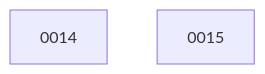
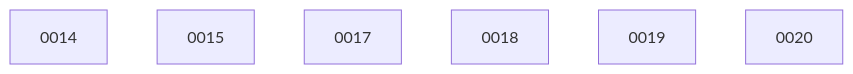
Before and after one commit to ethanhinson/llm-research-agent: the diagram in docs/changes/BOARD.md, drawn with Mermaid. The commit also changed other lines of this file and 4 other files, not shown here.

````diff
--- a/docs/changes/BOARD.md
+++ b/docs/changes/BOARD.md
@@ -12,5 +16,9 @@
 ```mermaid
 graph TD
   0014
   0015
+  0017
+  0018
+  0019
+  0020
 ```
````
